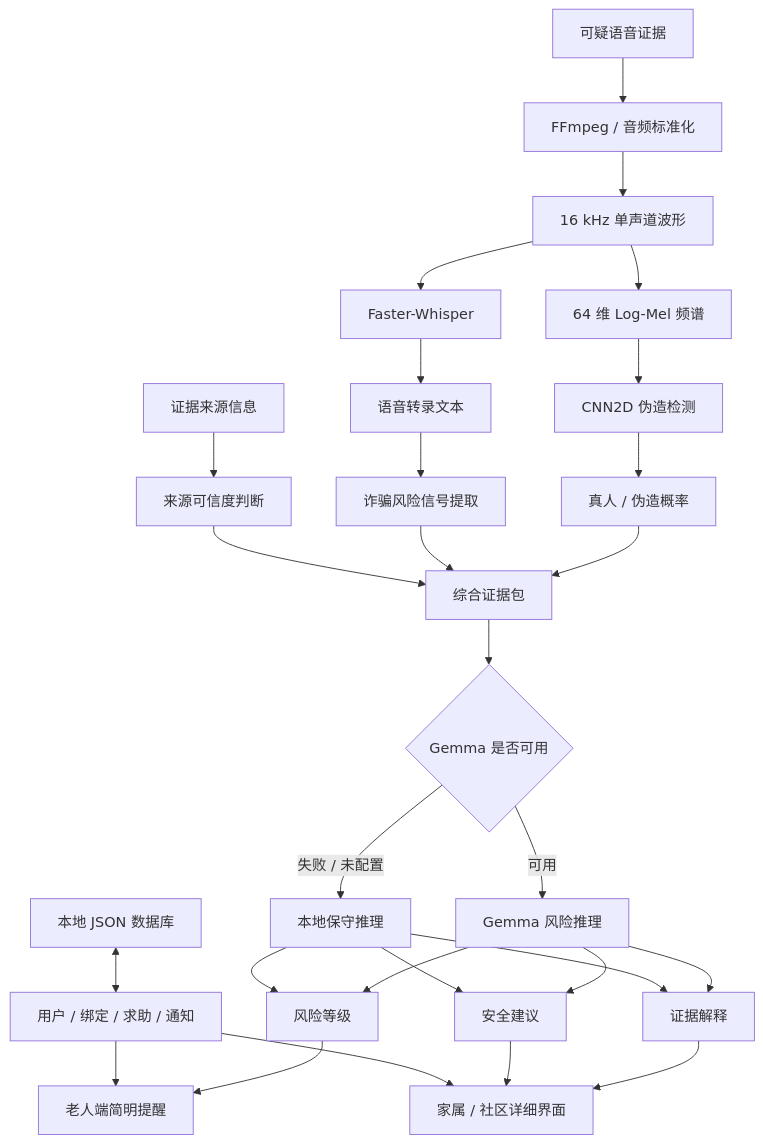
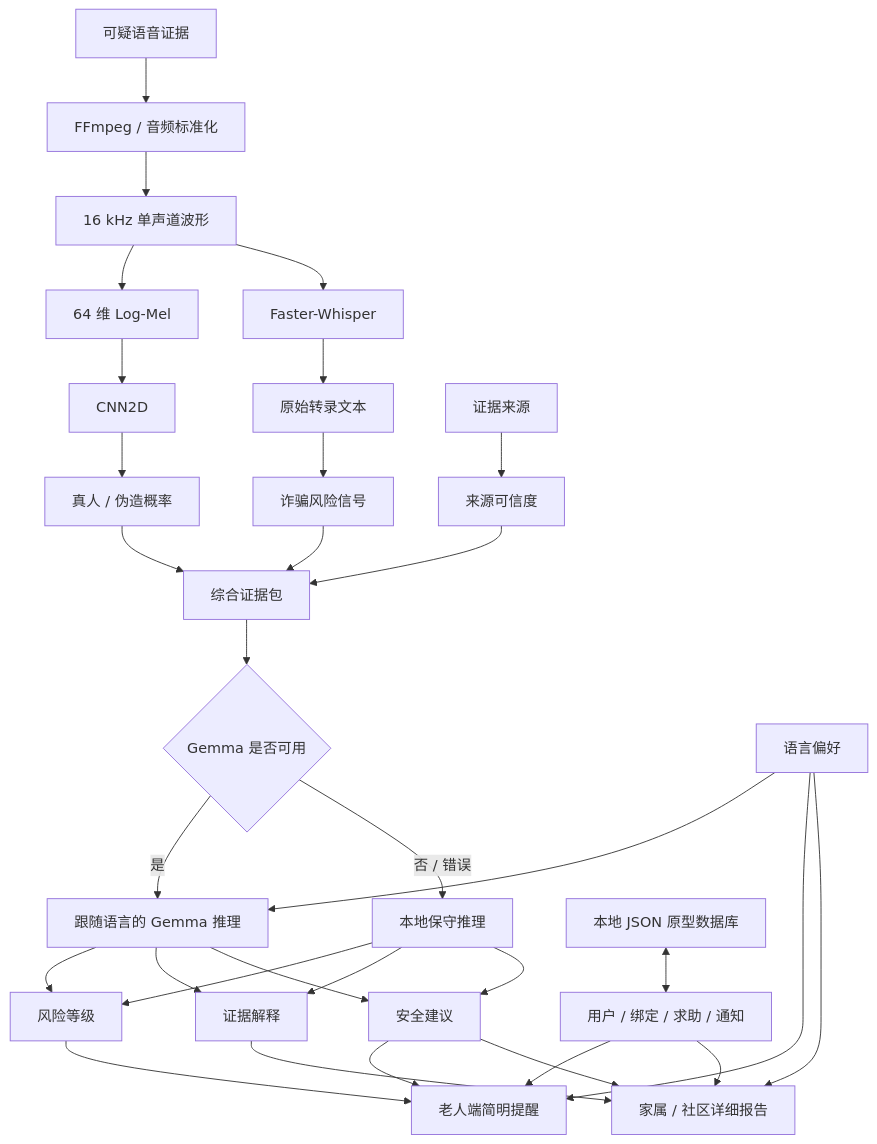
The diagram in README.zh-CN.md (lwenxuan420-lgtm/AI-Voice-Safety-Agent), drawn with Mermaid before and after one commit. The commit also changed other lines of this file, not shown here.

````diff
--- a/README.zh-CN.md
+++ b/README.zh-CN.md
@@ -428,49 +455,52 @@
 ```mermaid
 flowchart TD
 
     A[可疑语音证据]
-
     A --> B[FFmpeg / 音频标准化]
-
     B --> C[16 kHz 单声道波形]
 
-    C --> D[64 维 Log-Mel 频谱]
-    D --> E[CNN2D 伪造检测]
+    C --> D[64 维 Log-Mel]
+    D --> E[CNN2D]
     E --> F[真人 / 伪造概率]
 
     C --> G[Faster-Whisper]
-    G --> H[语音转录文本]
+    G --> H[原始转录文本]
 
-    H --> I[诈骗风险信号提取]
+    H --> I[诈骗风险信号]
 
-    J[证据来源信息]
-    J --> K[来源可信度判断]
+    J[证据来源]
+    J --> K[来源可信度]
 
     F --> L[综合证据包]
     I --> L
     K --> L
 
     L --> M{Gemma 是否可用}
 
-    M -->|可用| N[Gemma 风险推理]
-    M -->|失败 / 未配置| O[本地保守推理]
+    M -->|是| N[跟随语言的 Gemma 推理]
+    M -->|否 / 错误| O[本地保守推理]
 
     N --> P[风险等级]
     N --> Q[证据解释]
     N --> R[安全建议]
 
     O --> P
     O --> Q
     O --> R
 
     P --> S[老人端简明提醒]
-
-    Q --> T[家属 / 社区详细界面]
+    Q --> T[家属 / 社区详细报告]
+    R --> S
     R --> T
 
-    U[本地 JSON 数据库]
-    U <--> V[用户 / 绑定 / 求助 / 通知]
+    U[语言偏好]
+    U --> N
+    U --> S
+    U --> T
 
-    V --> S
-    V --> T
+    V[本地 JSON 原型数据库]
+    V <--> W[用户 / 绑定 / 求助 / 通知]
+
+    W --> S
+    W --> T
 ```
````
